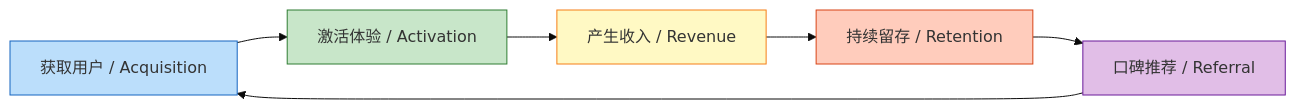
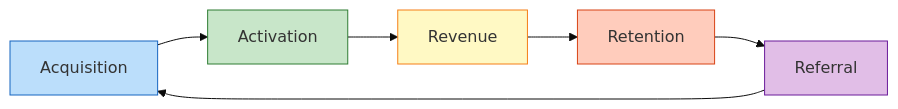
One commit to Kirky-X/cangjie changed the second of 15 diagrams in templates/【模板】商业模式文档.md. Above: the diagram before and after it, drawn with Mermaid (base theme). The commit also changed other lines of this file and 12 other files, not shown here.

````diff
--- a/templates/【模板】商业模式文档.md
+++ b/templates/【模板】商业模式文档.md
@@ -93,14 +93,14 @@
 ```mermaid
 graph LR
-    A[获取用户 / Acquisition] --> B[激活体验 / Activation]
-    B --> C[产生收入 / Revenue]
-    C --> D[持续留存 / Retention]
-    D --> E[口碑推荐 / Referral]
+    A[Acquisition] --> B[Activation]
+    B --> C[Revenue]
+    C --> D[Retention]
+    D --> E[Referral]
     E --> A
 
     style A fill:#bbdefb,stroke:#1565c0
     style B fill:#c8e6c9,stroke:#2e7d32
     style C fill:#fff9c4,stroke:#f57f17
     style D fill:#ffccbc,stroke:#d84315
     style E fill:#e1bee7,stroke:#6a1b9a
 ```
````
